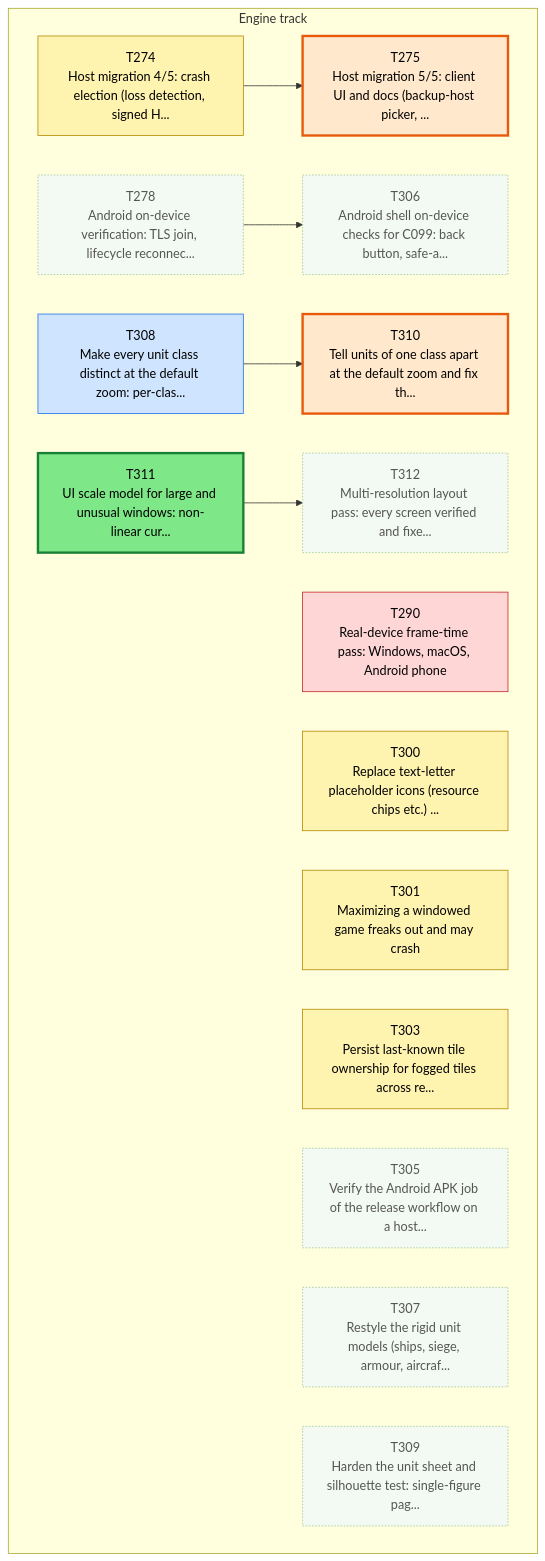
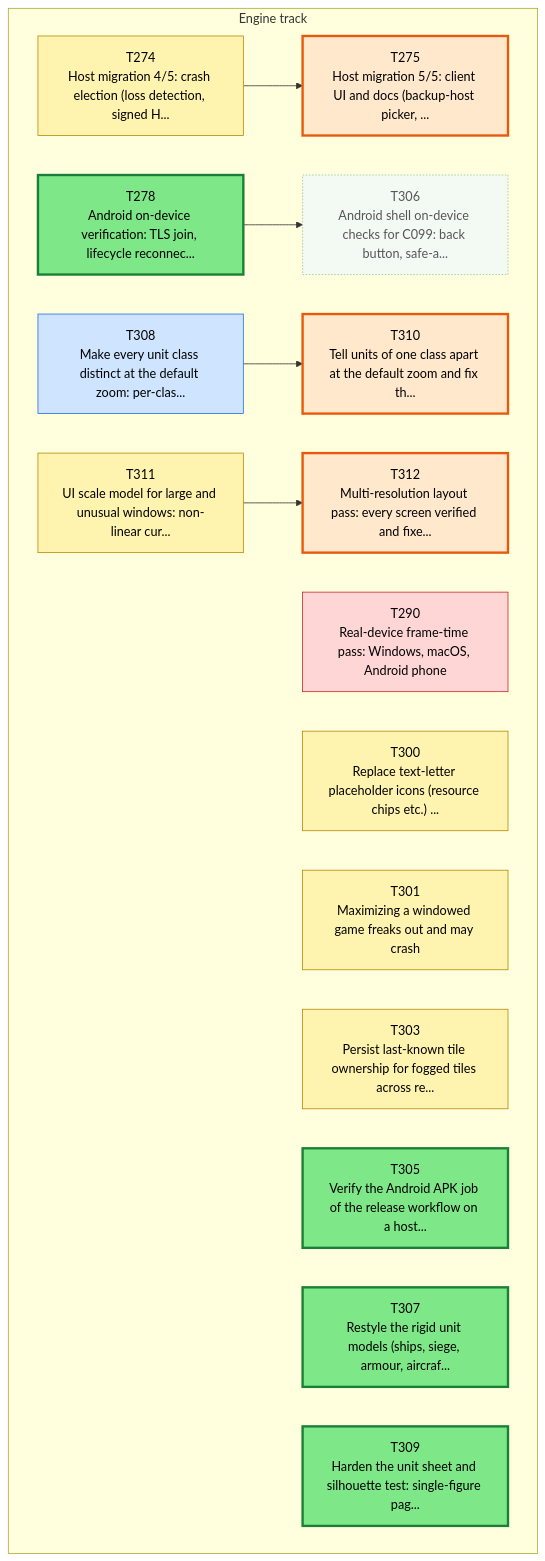
Before and after one commit to Kenmura/Unciv: the first of 3 diagrams in csharp/migration/DEPENDENCY_MAP.md, drawn with Mermaid. The commit also changed other lines of this file and 1 other file, not shown here.

````diff
--- a/csharp/migration/DEPENDENCY_MAP.md
+++ b/csharp/migration/DEPENDENCY_MAP.md
@@ -35,46 +35,46 @@
 ```mermaid
 flowchart TD
   subgraph TTRACK["Engine track"]
     T274["T274<br/>Host migration 4/5: crash election (loss detection, signed H..."]
     T275["T275<br/>Host migration 5/5: client UI and docs (backup-host picker, ..."]
     T278["T278<br/>Android on-device verification: TLS join, lifecycle reconnec..."]
     T290["T290<br/>Real-device frame-time pass: Windows, macOS, Android phone"]
     T300["T300<br/>Replace text-letter placeholder icons (resource chips etc.) ..."]
     T301["T301<br/>Maximizing a windowed game freaks out and may crash"]
     T303["T303<br/>Persist last-known tile ownership for fogged tiles across re..."]
     T305["T305<br/>Verify the Android APK job of the release workflow on a host..."]
     T306["T306<br/>Android shell on-device checks for C099: back button, safe-a..."]
     T307["T307<br/>Restyle the rigid unit models (ships, siege, armour, aircraf..."]
     T308["T308<br/>Make every unit class distinct at the default zoom: per-clas..."]
     T309["T309<br/>Harden the unit sheet and silhouette test: single-figure pag..."]
     T310["T310<br/>Tell units of one class apart at the default zoom and fix th..."]
     T311["T311<br/>UI scale model for large and unusual windows: non-linear cur..."]
     T312["T312<br/>Multi-resolution layout pass: every screen verified and fixe..."]
   end
   T274 --> T275
   T278 --> T306
   T308 --> T310
   T311 --> T312
   classDef waiting fill:#f3faf3,stroke:#9bc49b,color:#555,stroke-dasharray:2 2
   classDef ondeck fill:#ffe8cc,stroke:#e8590c,stroke-width:3px,color:#000
   classDef ready fill:#7ee787,stroke:#1a7f37,stroke-width:3px,color:#000
   classDef prog fill:#fff3b0,stroke:#b58900,color:#000
   classDef review fill:#cfe4ff,stroke:#1f6feb,color:#000
   classDef blocked fill:#ffd6d6,stroke:#c62828,color:#000
   classDef done fill:#eeeeee,stroke:#999999,color:#666,stroke-dasharray:4 3
   class T274 prog
   class T275 ondeck
-  class T278 waiting
+  class T278 ready
   class T290 blocked
   class T300 prog
   class T301 prog
   class T303 prog
-  class T305 waiting
+  class T305 ready
   class T306 waiting
-  class T307 waiting
+  class T307 ready
   class T308 review
-  class T309 waiting
+  class T309 ready
   class T310 ondeck
-  class T311 ready
-  class T312 waiting
+  class T311 prog
+  class T312 ondeck
 ```
````
